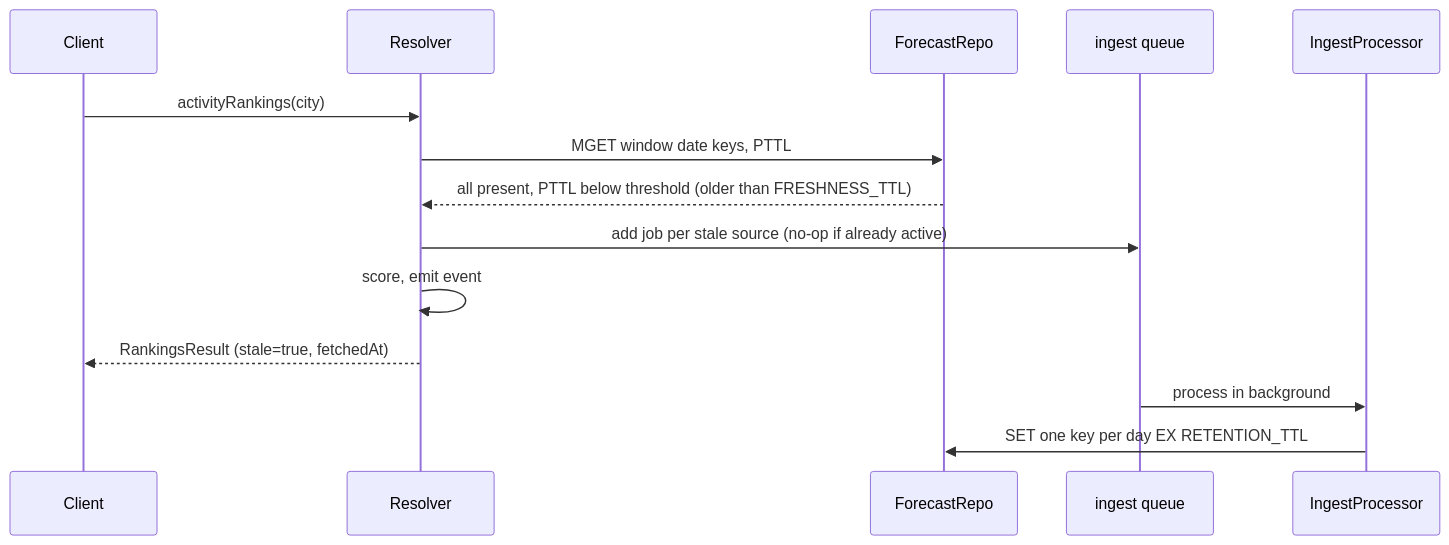
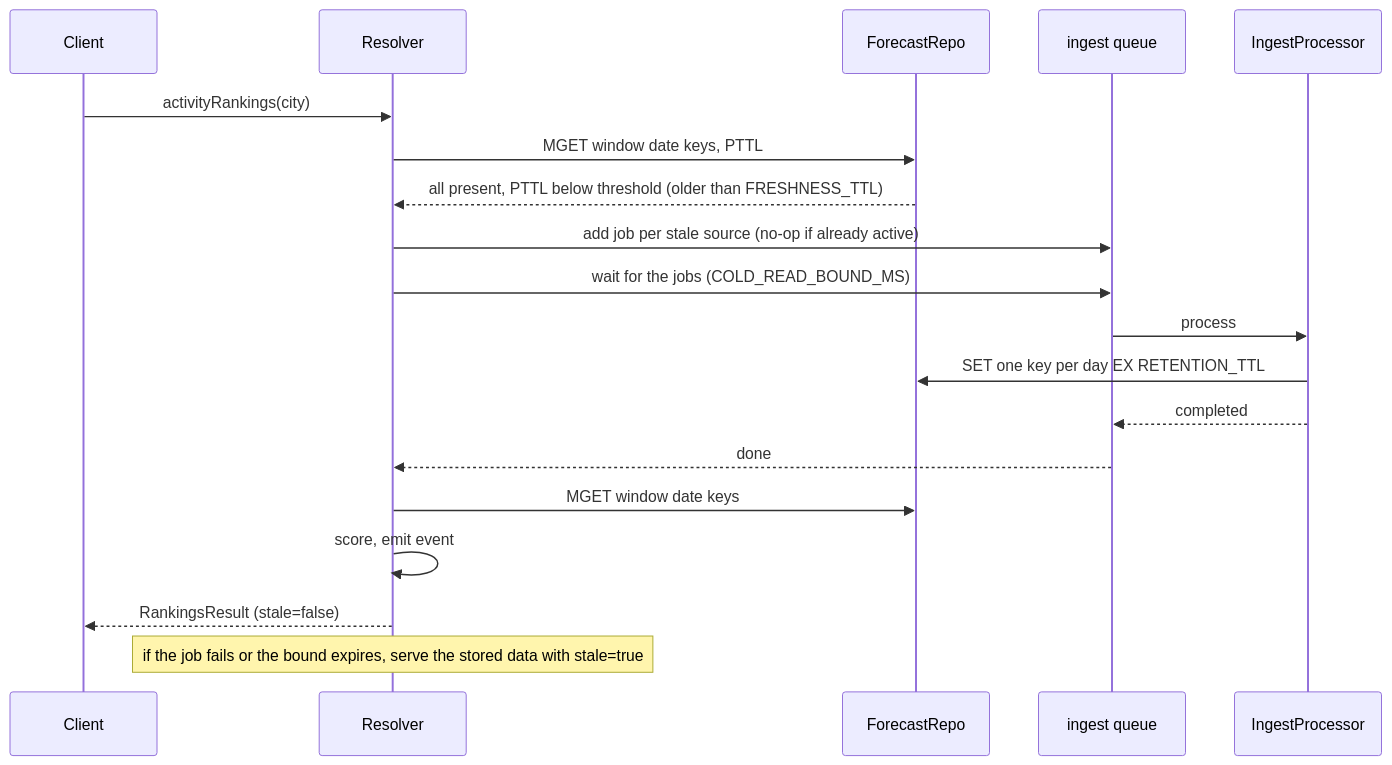
Before and after one commit to tusmenko/collinson-activity-recommendation-service: the third of 4 diagrams in docs/ACTIVITY_RANKING_DESIGN.md, drawn with Mermaid. The commit also changed other lines of this file and 5 other files, not shown here.

First line of the commit message:
docs: replace stale-while-revalidate with blocking refresh on read

````diff
--- a/docs/ACTIVITY_RANKING_DESIGN.md
+++ b/docs/ACTIVITY_RANKING_DESIGN.md
@@ -301,16 +302,21 @@
 ```mermaid
 sequenceDiagram
     participant C as Client
     participant R as Resolver
     participant F as ForecastRepo
     participant Q as ingest queue
     participant P as IngestProcessor
     C->>R: activityRankings(city)
     R->>F: MGET window date keys, PTTL
     F-->>R: all present, PTTL below threshold (older than FRESHNESS_TTL)
     R->>Q: add job per stale source (no-op if already active)
+    R->>Q: wait for the jobs (COLD_READ_BOUND_MS)
+    Q->>P: process
+    P->>F: SET one key per day EX RETENTION_TTL
+    P-->>Q: completed
+    Q-->>R: done
+    R->>F: MGET window date keys
     R->>R: score, emit event
-    R-->>C: RankingsResult (stale=true, fetchedAt)
-    Q->>P: process in background
-    P->>F: SET one key per day EX RETENTION_TTL
+    R-->>C: RankingsResult (stale=false)
+    note over R: if the job fails or the bound expires, serve the stored data with stale=true
 ```
````
